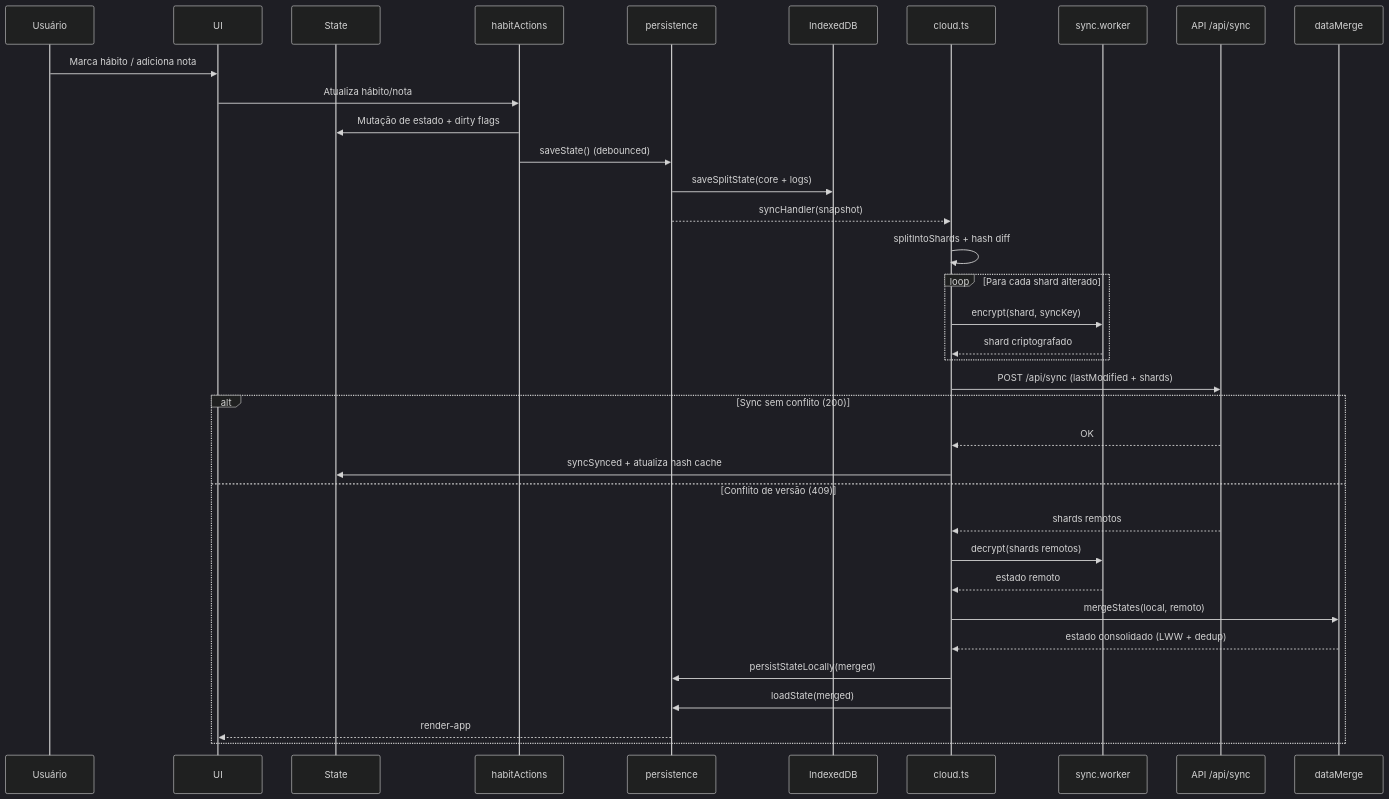
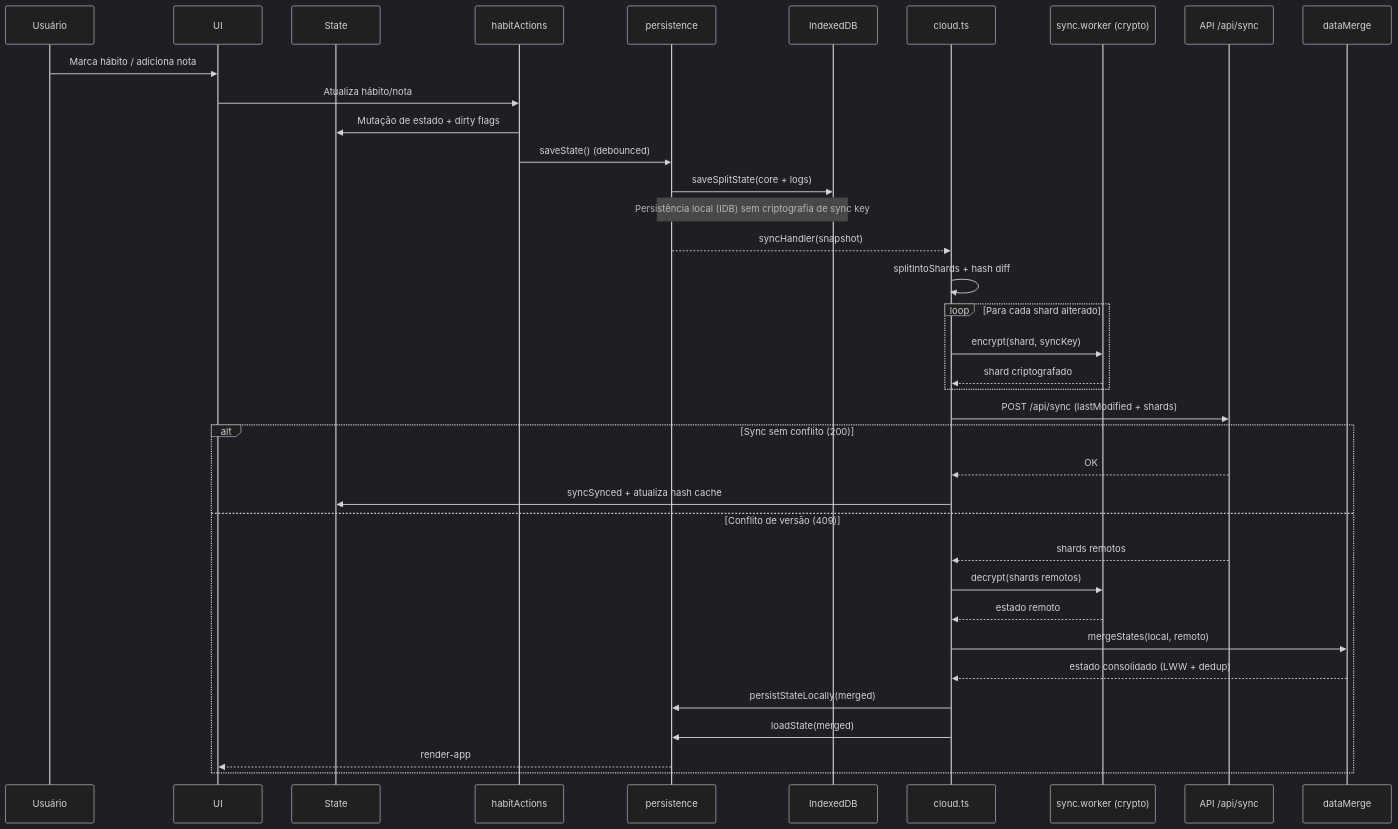
The fifth of 9 diagrams in README.md (farifran/askesis), drawn with Mermaid (dark theme) before and after one commit. The commit also changed other lines of this file and 1 other file, not shown here.

Commit message:
feat: atualizar diagramas de arquitetura e fluxos no documento de arquitetura

````diff
--- a/README.md
+++ b/README.md
@@ -193,41 +192,42 @@
 ```mermaid
 sequenceDiagram
   participant User as Usuário
   participant UI as UI
   participant State as State
   participant Actions as habitActions
   participant Persist as persistence
   participant DB as IndexedDB
   participant Cloud as cloud.ts
-  participant Worker as sync.worker
+  participant Crypto as sync.worker (crypto)
   participant API as API /api/sync
   participant Merge as dataMerge
 
   User->>UI: Marca hábito / adiciona nota
   UI->>Actions: Atualiza hábito/nota
   Actions->>State: Mutação de estado + dirty flags
   Actions->>Persist: saveState() (debounced)
   Persist->>DB: saveSplitState(core + logs)
+  Note over Persist,DB: Persistência local (IDB) sem criptografia de sync key
   Persist-->>Cloud: syncHandler(snapshot)
   Cloud->>Cloud: splitIntoShards + hash diff
 
   loop Para cada shard alterado
-    Cloud->>Worker: encrypt(shard, syncKey)
-    Worker-->>Cloud: shard criptografado
+    Cloud->>Crypto: encrypt(shard, syncKey)
+    Crypto-->>Cloud: shard criptografado
   end
 
   Cloud->>API: POST /api/sync (lastModified + shards)
   alt Sync sem conflito (200)
     API-->>Cloud: OK
     Cloud->>State: syncSynced + atualiza hash cache
   else Conflito de versão (409)
     API-->>Cloud: shards remotos
-    Cloud->>Worker: decrypt(shards remotos)
-    Worker-->>Cloud: estado remoto
+    Cloud->>Crypto: decrypt(shards remotos)
+    Crypto-->>Cloud: estado remoto
     Cloud->>Merge: mergeStates(local, remoto)
     Merge-->>Cloud: estado consolidado (LWW + dedup)
     Cloud->>Persist: persistStateLocally(merged)
     Cloud->>Persist: loadState(merged)
     Persist-->>UI: render-app
   end
 ```
````
